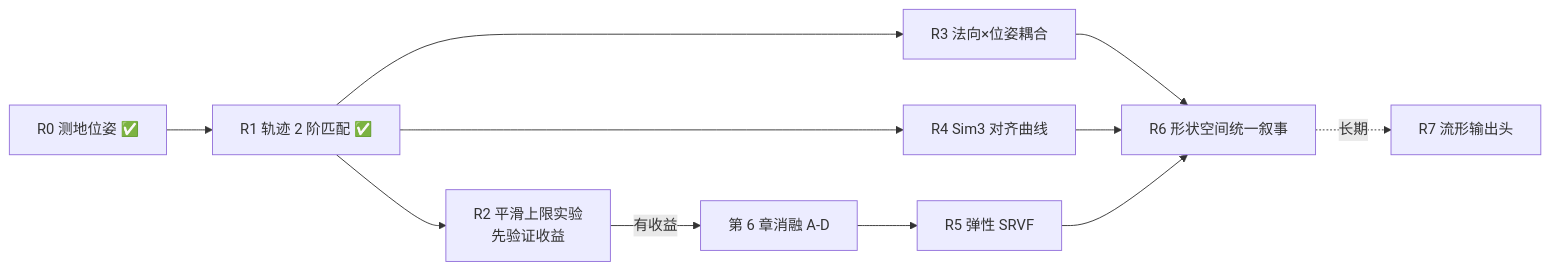
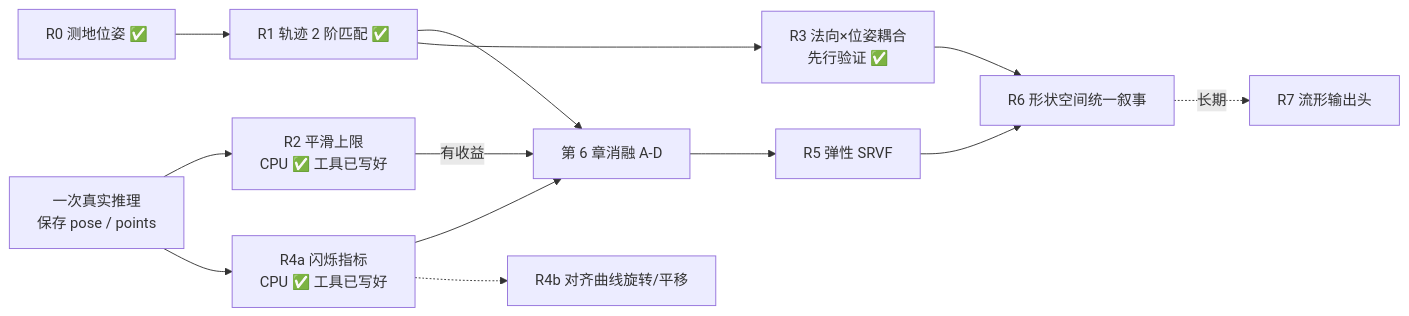
The diagram in docs/riemannian/07_novelty_catalog.md (junyuan-fang/ViGeo), drawn with Mermaid before and after one commit. The commit also changed other lines of this file and 10 other files, not shown here.

````diff
--- a/docs/riemannian/07_novelty_catalog.md
+++ b/docs/riemannian/07_novelty_catalog.md
@@ -43,13 +48,15 @@
 ```mermaid
 flowchart LR
     R0[R0 测地位姿 ✅] --> R1[R1 轨迹 2 阶匹配 ✅]
-    R1 --> R2[R2 平滑上限实验<br/>先验证收益]
+    INF[一次真实推理<br/>保存 pose / points] --> R2[R2 平滑上限<br/>CPU ✅ 工具已写好]
+    INF --> R4a[R4a 闪烁指标<br/>CPU ✅ 工具已写好]
     R2 -->|有收益| ABL[第 6 章消融 A-D]
-    R1 --> R3[R3 法向×位姿耦合]
-    R1 --> R4[R4 Sim3 对齐曲线]
+    R4a --> ABL
+    R1 --> ABL
+    R1 --> R3[R3 法向×位姿耦合<br/>先行验证 ✅]
     ABL --> R5[R5 弹性 SRVF]
     R3 --> R6[R6 形状空间统一叙事]
-    R4 --> R6
     R5 --> R6
+    R4a -.-> R4b[R4b 对齐曲线旋转/平移]
     R6 -.长期.-> R7[R7 流形输出头]
 ```
````
